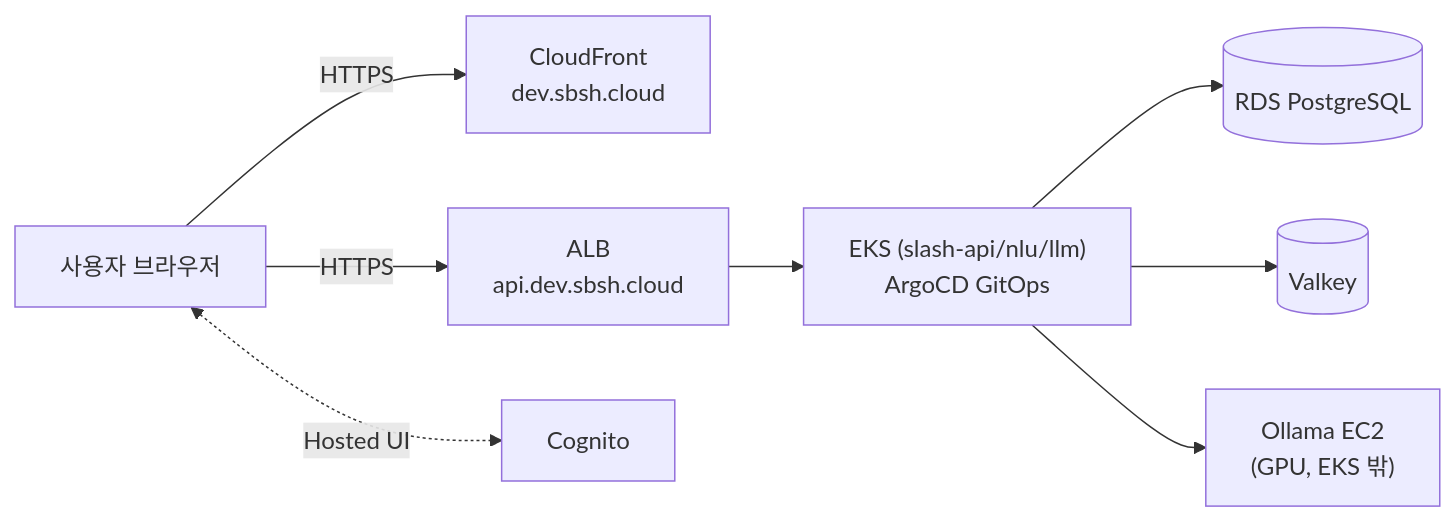
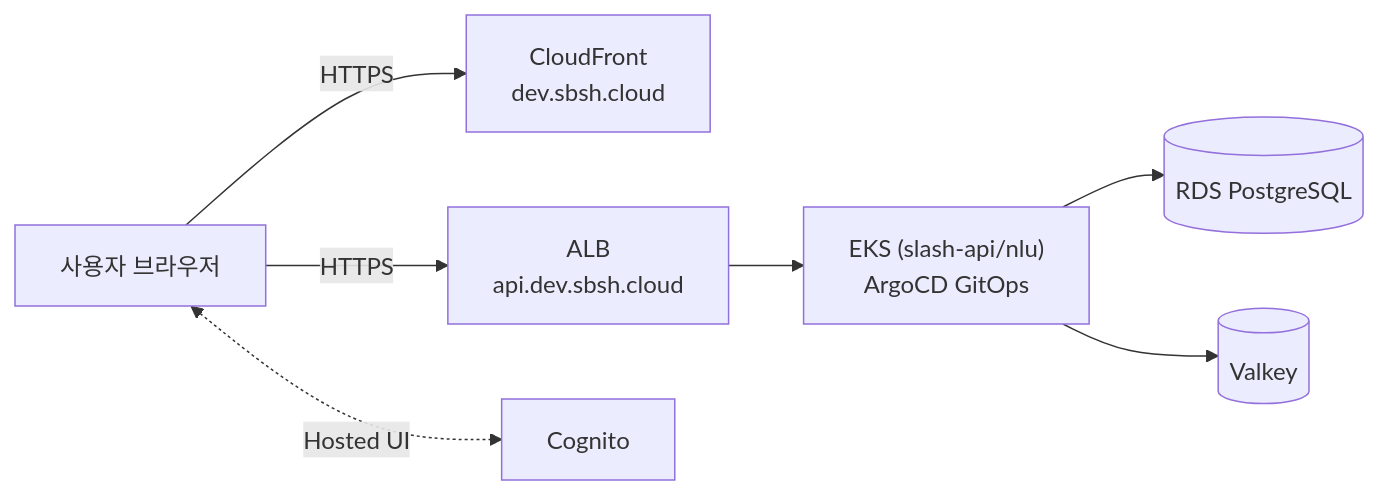
The diagram in README.md (LikeLionTeam4/slash-infra), drawn with Mermaid before and after one commit. The commit also changed other lines of this file and 6 other files, not shown here.

````diff
--- a/README.md
+++ b/README.md
@@ -26,10 +27,9 @@
 ```mermaid
 flowchart LR
     U["사용자 브라우저"] -->|HTTPS| CF["CloudFront\ndev.sbsh.cloud"]
     U -->|HTTPS| ALB["ALB\napi.dev.sbsh.cloud"]
-    ALB --> EKS["EKS (slash-api/nlu/llm)\nArgoCD GitOps"]
+    ALB --> EKS["EKS (slash-api/nlu)\nArgoCD GitOps"]
     EKS --> RDS[("RDS PostgreSQL")]
     EKS --> VALKEY[("Valkey")]
-    EKS --> OLLAMA["Ollama EC2\n(GPU, EKS 밖)"]
     U <-.->|Hosted UI| COG["Cognito"]
 ```
````
